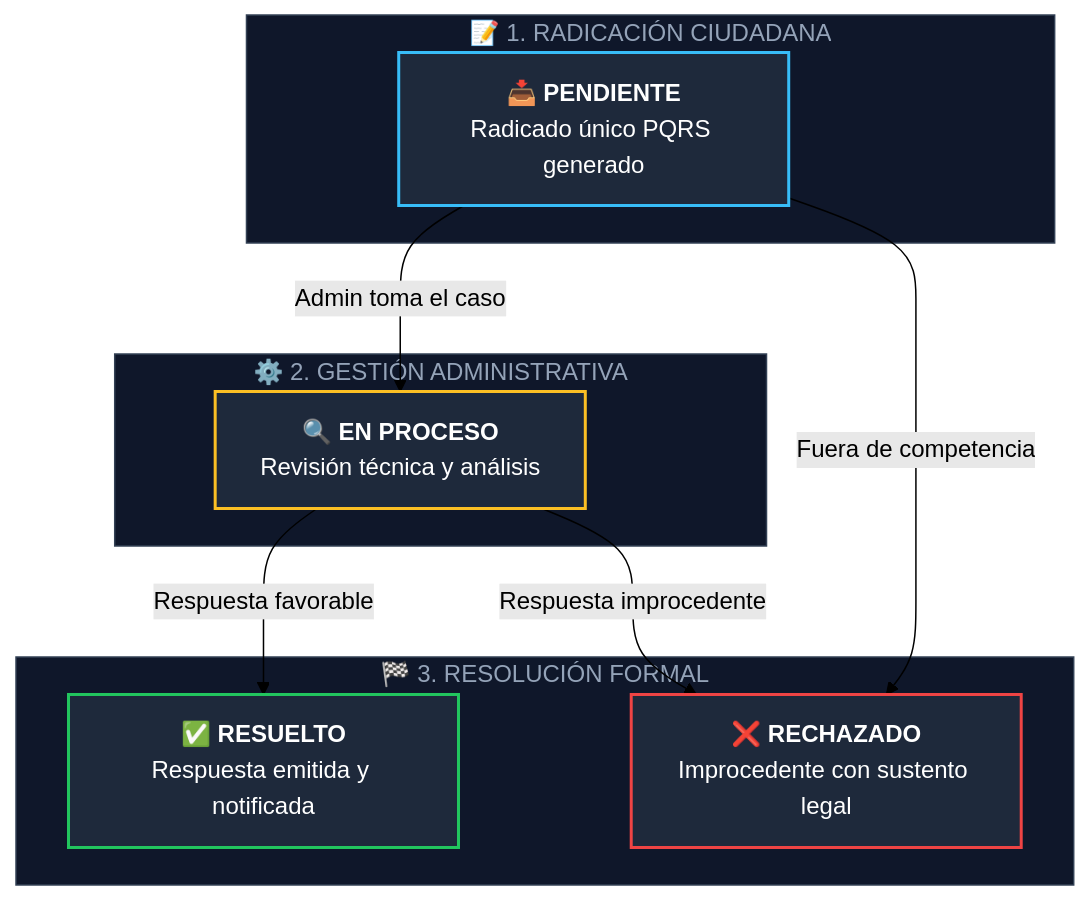
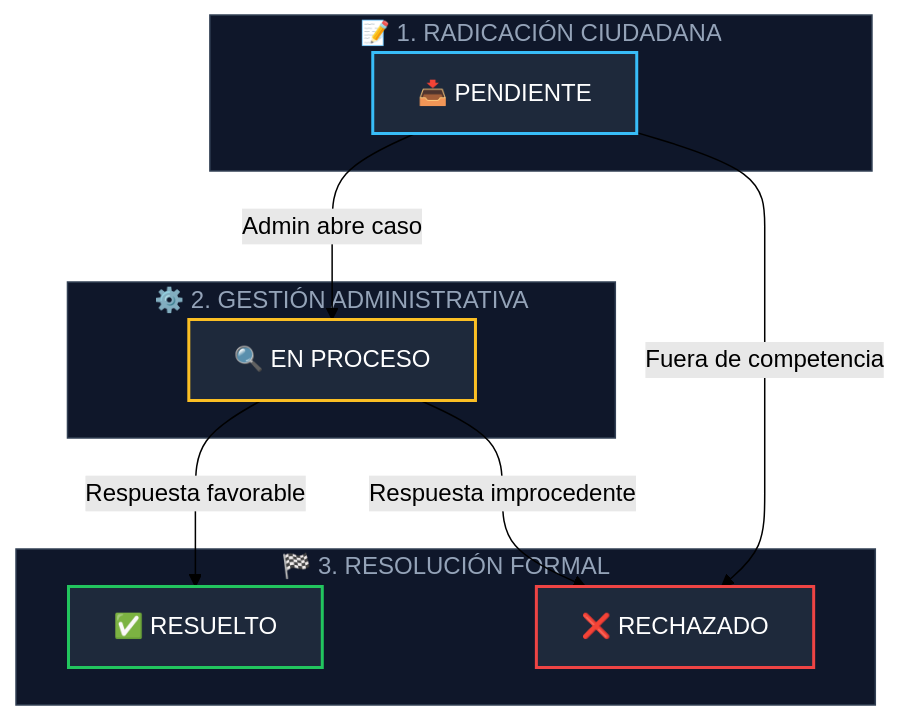
One commit to Santiago072/SistemaPQRS changed the first of 2 diagrams in docs/Especificacion_Requisitos.md. Above: the diagram before and after it, drawn with Mermaid (forest theme).

Commit message:
docs: limpiar etiquetas de nodos eliminando etiquetas HTML para evitar union de palabras y truncamiento

````diff
--- a/docs/Especificacion_Requisitos.md
+++ b/docs/Especificacion_Requisitos.md
@@ -17,28 +17,28 @@
 ```mermaid
 graph TB
     subgraph S1["📝 1. RADICACIÓN CIUDADANA"]
-        E1["📥 <b>PENDIENTE</b><br>Radicado único PQRS generado"]
+        E1["📥 PENDIENTE"]
     end
 
     subgraph S2["⚙️ 2. GESTIÓN ADMINISTRATIVA"]
-        E2["🔍 <b>EN PROCESO</b><br>Revisión técnica y análisis"]
+        E2["🔍 EN PROCESO"]
     end
 
     subgraph S3["🏁 3. RESOLUCIÓN FORMAL"]
-        E3["✅ <b>RESUELTO</b><br>Respuesta emitida y notificada"]
-        E4["❌ <b>RECHAZADO</b><br>Improcedente con sustento legal"]
+        E3["✅ RESUELTO"]
+        E4["❌ RECHAZADO"]
     end
 
-    E1 -->|"Admin toma el caso"| E2
+    E1 -->|"Admin abre caso"| E2
     E1 -->|"Fuera de competencia"| E4
     E2 -->|"Respuesta favorable"| E3
     E2 -->|"Respuesta improcedente"| E4
 
     style E1 fill:#1e293b,stroke:#38bdf8,stroke-width:2px,color:#ffffff
     style E2 fill:#1e293b,stroke:#fbbf24,stroke-width:2px,color:#ffffff
     style E3 fill:#1e293b,stroke:#22c55e,stroke-width:2px,color:#ffffff
     style E4 fill:#1e293b,stroke:#ef4444,stroke-width:2px,color:#ffffff
     style S1 fill:#0f172a,stroke:#334155,stroke-width:1px,color:#94a3b8
     style S2 fill:#0f172a,stroke:#334155,stroke-width:1px,color:#94a3b8
     style S3 fill:#0f172a,stroke:#334155,stroke-width:1px,color:#94a3b8
 ```
````
